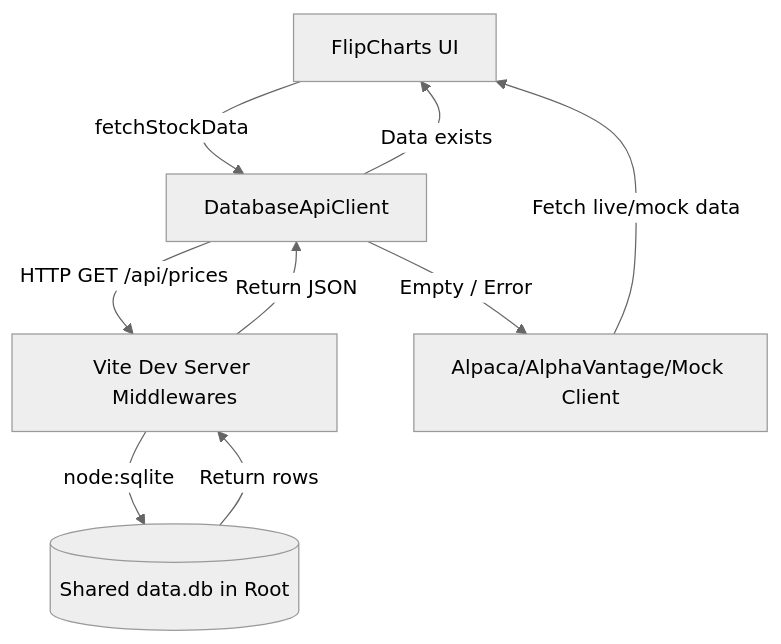
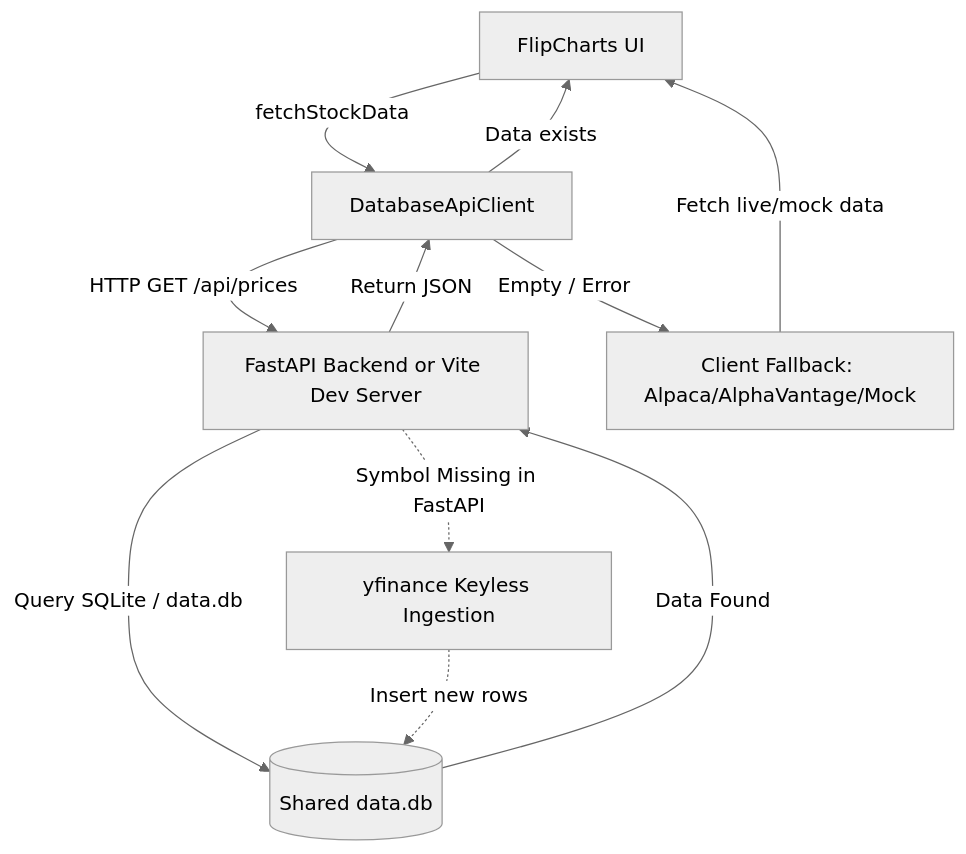
Before and after one commit to common-guid/grep_alpha: the diagram in FlipCharts/README.md, drawn with Mermaid (neutral theme). The commit also changed other lines of this file and 3 other files, not shown here.

Commit message:
docs: align READMEs and logbook with keyless yfinance ingestion and on-demand caching

````diff
--- a/FlipCharts/README.md
+++ b/FlipCharts/README.md
@@ -109,11 +111,13 @@
 ```mermaid
 graph TD
     UI[FlipCharts UI] -->|fetchStockData| DB_Client[DatabaseApiClient]
-    DB_Client -->|HTTP GET /api/prices| Vite[Vite Dev Server Middlewares]
-    Vite -->|node:sqlite| SQLite[(Shared data.db in Root)]
-    SQLite -->|Return rows| Vite
-    Vite -->|Return JSON| DB_Client
+    DB_Client -->|HTTP GET /api/prices| Server[FastAPI Backend or Vite Dev Server]
+    Server -->|Query SQLite / data.db| SQLite[(Shared data.db)]
+    SQLite -->|Data Found| Server
+    Server -->|Return JSON| DB_Client
+    Server -.->|Symbol Missing in FastAPI| YF[yfinance Keyless Ingestion]
+    YF -.->|Insert new rows| SQLite
     DB_Client -->|Data exists| UI
-    DB_Client -->|Empty / Error| Fallback[Alpaca/AlphaVantage/Mock Client]
+    DB_Client -->|Empty / Error| Fallback[Client Fallback: Alpaca/AlphaVantage/Mock]
     Fallback -->|Fetch live/mock data| UI
 ```
````
